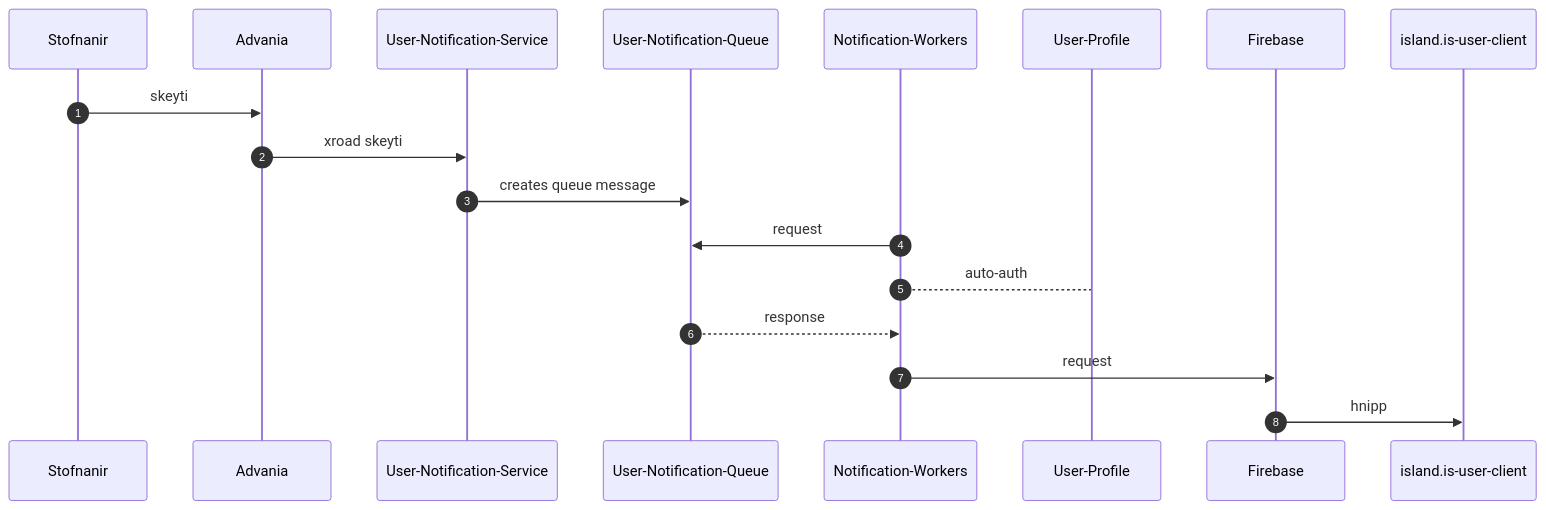
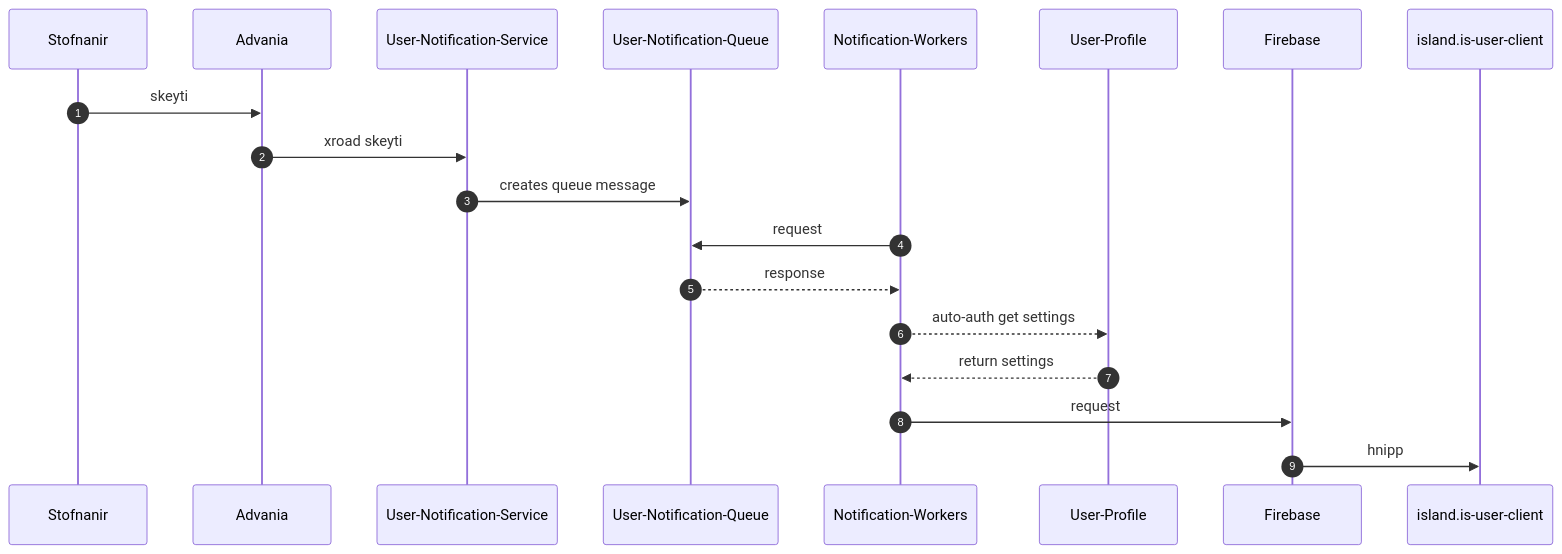
The diagram in hnipp.md (rafnarnason/bookish-fiesta), drawn with Mermaid before and after one commit.

````diff
--- a/hnipp.md
+++ b/hnipp.md
@@ -1,15 +1,17 @@
 ```mermaid
 sequenceDiagram
     autonumber
     Stofnanir->>Advania:skeyti
     Advania->>User-Notification-Service:xroad skeyti
     User-Notification-Service->>User-Notification-Queue:creates queue message
     Notification-Workers->>User-Notification-Queue:request
-    Notification-Workers-->User-Profile:auto-auth
     User-Notification-Queue-->>Notification-Workers:response
+    Notification-Workers-->>User-Profile:auto-auth get settings
+    User-Profile-->>Notification-Workers:return settings
+    
     Notification-Workers->>Firebase:request
     Firebase->>island.is-user-client:hnipp
     
     
    
 ```
````
